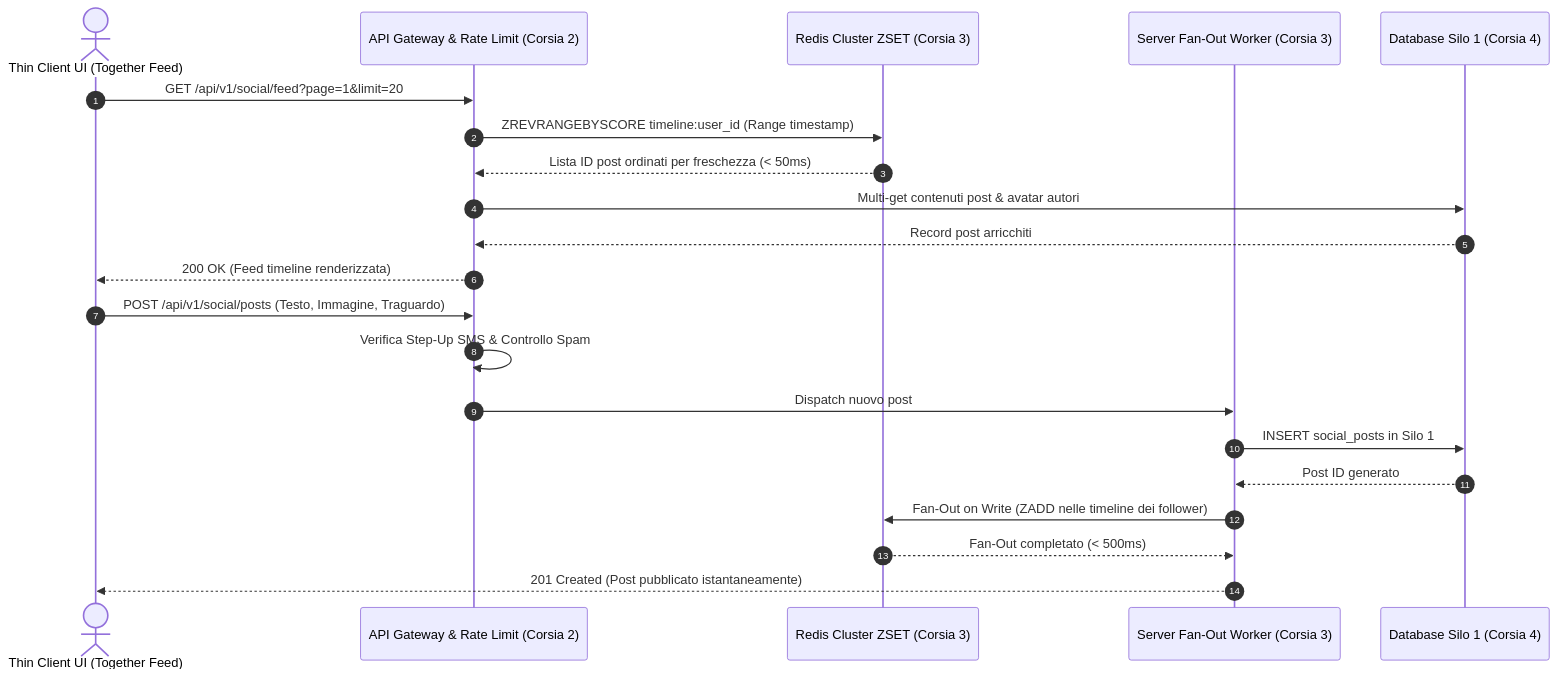
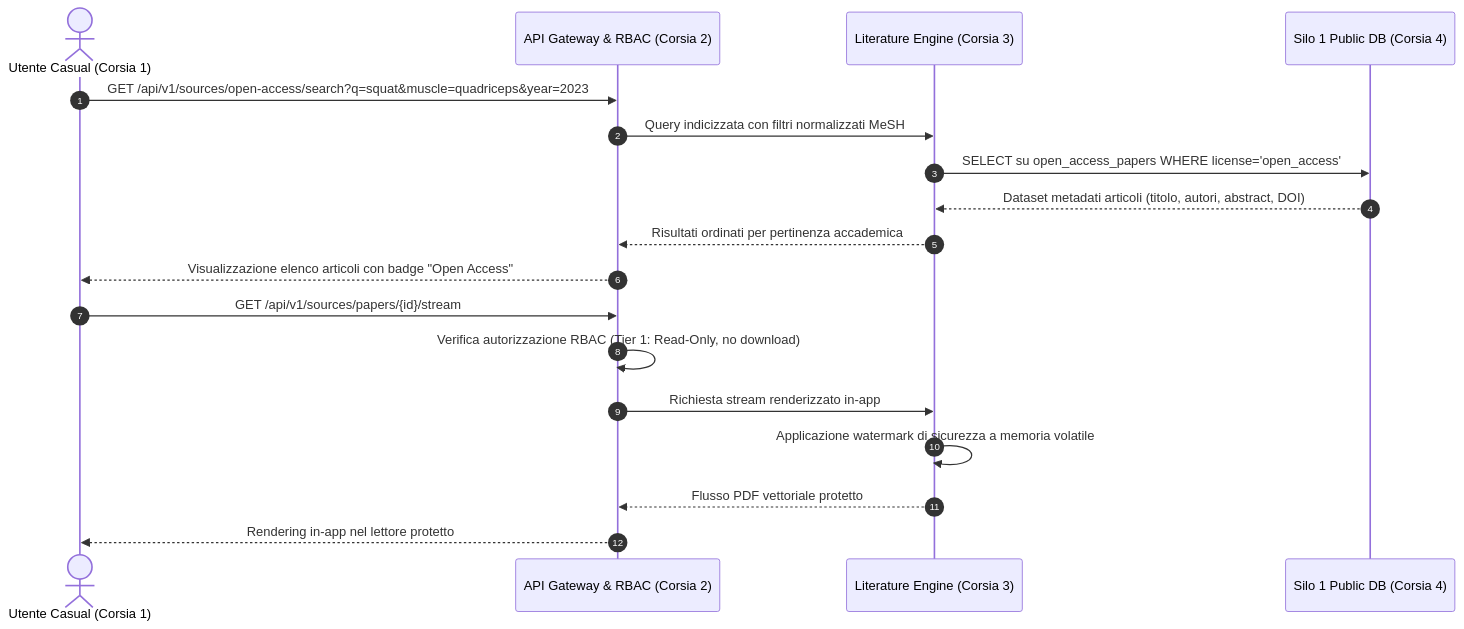
Before and after one commit to sportscience2025-star/Sports-Analytics-Platform---T7-Workout-APP: the diagram in architecture-blueprint/00-capitolato-tecnico-e-glossario/05-software-1-flow-5a-together-social-b2c.md, drawn with Mermaid. The commit also changed other lines of this file and 9 other files, not shown here.

Commit message:
feat: reorganize Libreria Fonti Miro flows (#05, #11, #17), specs, and registry

````diff
--- a/architecture-blueprint/00-capitolato-tecnico-e-glossario/05-software-1-flow-5a-together-social-b2c.md
+++ b/architecture-blueprint/00-capitolato-tecnico-e-glossario/05-software-1-flow-5a-together-social-b2c.md
@@ -47,25 +57,21 @@
 ```mermaid
 sequenceDiagram
     autonumber
-    actor Utente as Thin Client UI (Together Feed)
-    participant GW as API Gateway & Rate Limit (Corsia 2)
-    participant REDIS as Redis Cluster ZSET (Corsia 3)
-    participant SRV as Server Fan-Out Worker (Corsia 3)
-    participant DB as Database Silo 1 (Corsia 4)
+    actor Utente as Utente Casual (Corsia 1)
+    participant GW as API Gateway & RBAC (Corsia 2)
+    participant SRV as Literature Engine (Corsia 3)
+    participant DB as Silo 1 Public DB (Corsia 4)
 
-    Utente->>GW: GET /api/v1/social/feed?page=1&limit=20
-    GW->>REDIS: ZREVRANGEBYSCORE timeline:user_id (Range timestamp)
-    REDIS-->>GW: Lista ID post ordinati per freschezza (< 50ms)
-    GW->>DB: Multi-get contenuti post & avatar autori
-    DB-->>GW: Record post arricchiti
-    GW-->>Utente: 200 OK (Feed timeline renderizzata)
-
-    Utente->>GW: POST /api/v1/social/posts (Testo, Immagine, Traguardo)
-    GW->>GW: Verifica Step-Up SMS & Controllo Spam
-    GW->>SRV: Dispatch nuovo post
-    SRV->>DB: INSERT social_posts in Silo 1
-    DB-->>SRV: Post ID generato
-    SRV->>REDIS: Fan-Out on Write (ZADD nelle timeline dei follower)
-    REDIS-->>SRV: Fan-Out completato (< 500ms)
-    SRV-->>Utente: 201 Created (Post pubblicato istantaneamente)
+    Utente->>GW: GET /api/v1/sources/open-access/search?q=squat&muscle=quadriceps&year=2023
+    GW->>SRV: Query indicizzata con filtri normalizzati MeSH
+    SRV->>DB: SELECT su open_access_papers WHERE license='open_access'
+    DB-->>SRV: Dataset metadati articoli (titolo, autori, abstract, DOI)
+    SRV-->>GW: Risultati ordinati per pertinenza accademica
+    GW-->>Utente: Visualizzazione elenco articoli con badge "Open Access"
+    Utente->>GW: GET /api/v1/sources/papers/{id}/stream
+    GW->>GW: Verifica autorizzazione RBAC (Tier 1: Read-Only, no download)
+    GW->>SRV: Richiesta stream renderizzato in-app
+    SRV->>SRV: Applicazione watermark di sicurezza a memoria volatile
+    SRV-->>GW: Flusso PDF vettoriale protetto
+    GW-->>Utente: Rendering in-app nel lettore protetto
 ```
````
